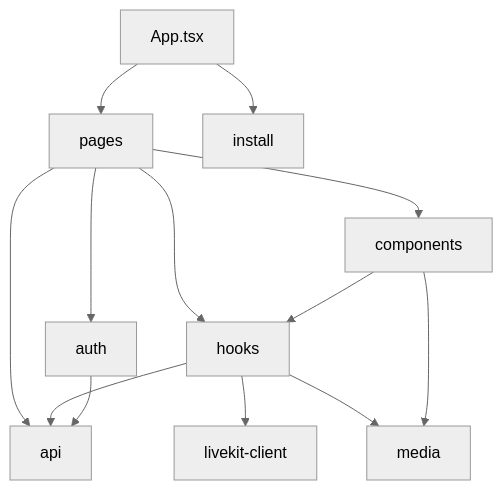
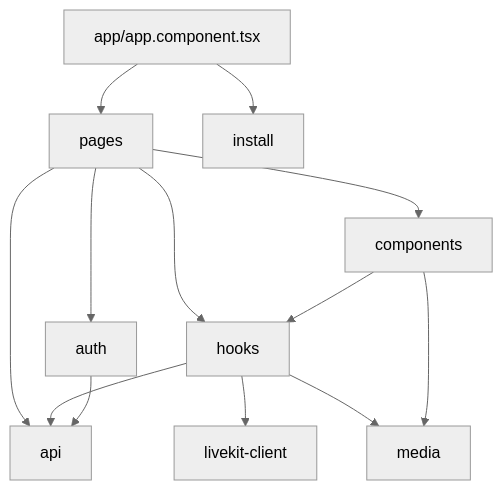
One commit to Hbrauveres/xove-web changed the second of 4 diagrams in docs/architecture.md. Above: the diagram before and after it, drawn with Mermaid (neutral theme). The commit also changed other lines of this file and 141 other files, not shown here.

````diff
--- a/docs/architecture.md
+++ b/docs/architecture.md
@@ -37,15 +37,15 @@
 ```mermaid
 flowchart TD
   P[pages] --> C[components]
   P --> H[hooks]
   P --> A[api]
   C --> H
   H --> A
   H --> LK[livekit-client]
   H --> M[media]
   C --> M
   P --> AU[auth]
   AU --> A
-  APP[App.tsx] --> I[install]
+  APP[app/app.component.tsx] --> I[install]
   APP --> P
 ```
````
